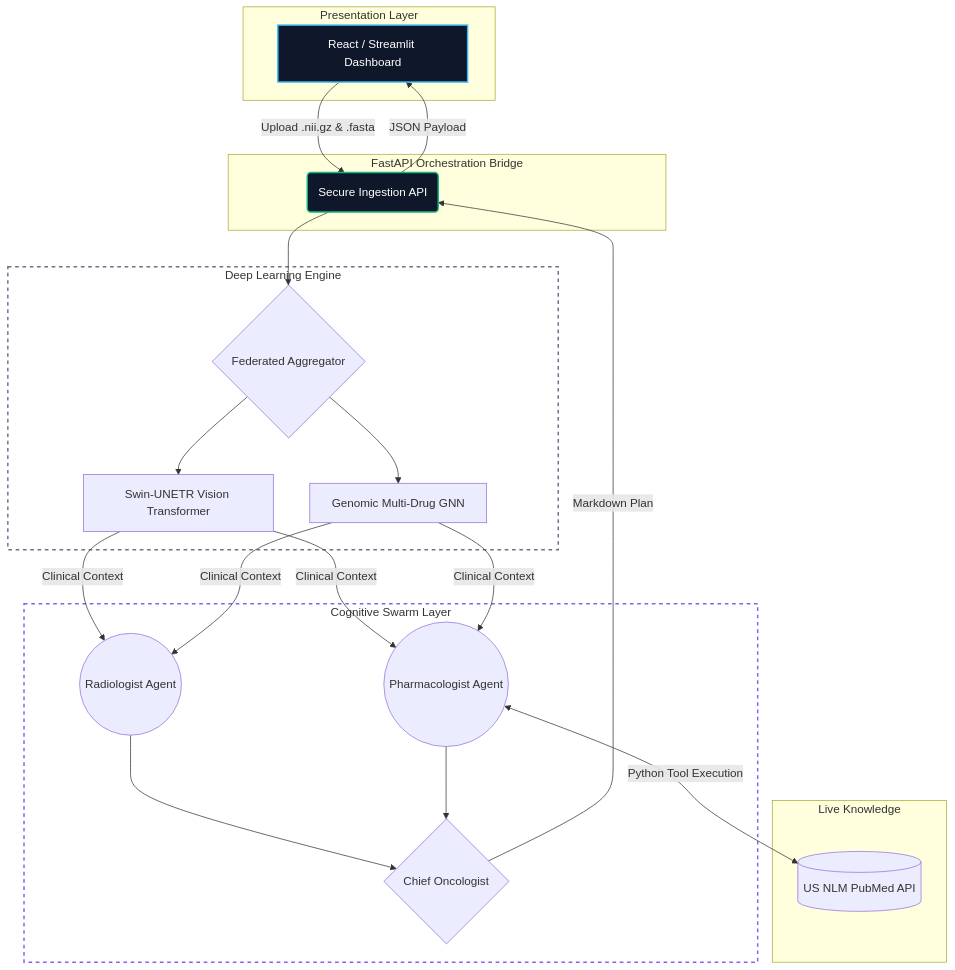
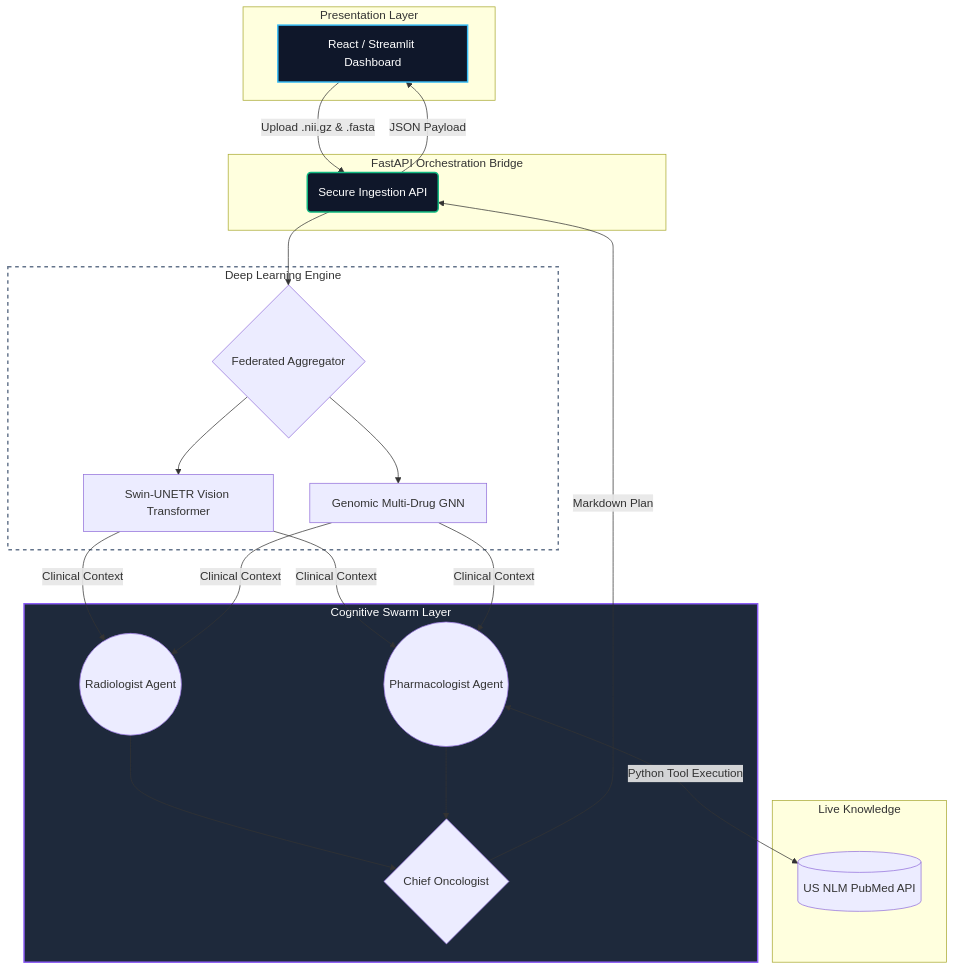
One commit to Arjo216/Medica-Empower-Pro changed the diagram in README.md. Above: the diagram before and after it, drawn with Mermaid. The commit also changed other lines of this file, not shown here.

Commit message:
Modify Cognition style in README diagram
Updated the style of the Cognition element in the diagram.

````diff
--- a/README.md
+++ b/README.md
@@ -29,41 +29,41 @@
 ```mermaid
 graph TD
     subgraph Frontend [Presentation Layer]
         A[React / Streamlit Dashboard]
     end
 
     subgraph Backend [FastAPI Orchestration Bridge]
         B(Secure Ingestion API)
     end
 
     subgraph Perception [Deep Learning Engine]
         C{Federated Aggregator}
         D[Swin-UNETR Vision Transformer]
         E[Genomic Multi-Drug GNN]
     end
 
     subgraph Cognition [Cognitive Swarm Layer]
         F((Radiologist Agent))
         G((Pharmacologist Agent))
         H{Chief Oncologist}
     end
 
     subgraph External [Live Knowledge]
         I[(US NLM PubMed API)]
     end
 
     A -->|Upload .nii.gz & .fasta| B
     B --> C
     C --> D & E
     D & E -->|Clinical Context| F & G
     G <-->|Python Tool Execution| I
     F --> H
     G --> H
     H -->|Markdown Plan| B
     B -->|JSON Payload| A
 
     style A fill:#0f172a,stroke:#38bdf8,stroke-width:2px,color:#fff
     style B fill:#0f172a,stroke:#10b981,stroke-width:2px,color:#fff
     style Perception fill:transparent,stroke:#64748b,stroke-width:2px,stroke-dasharray: 5 5
-    style Cognition fill:transparent,stroke:#8b5cf6,stroke-width:2px,stroke-dasharray: 5 5
+    style Cognition fill:#1e293b,stroke:#8b5cf6,stroke-width:2px,color:#fff
 ```
````
